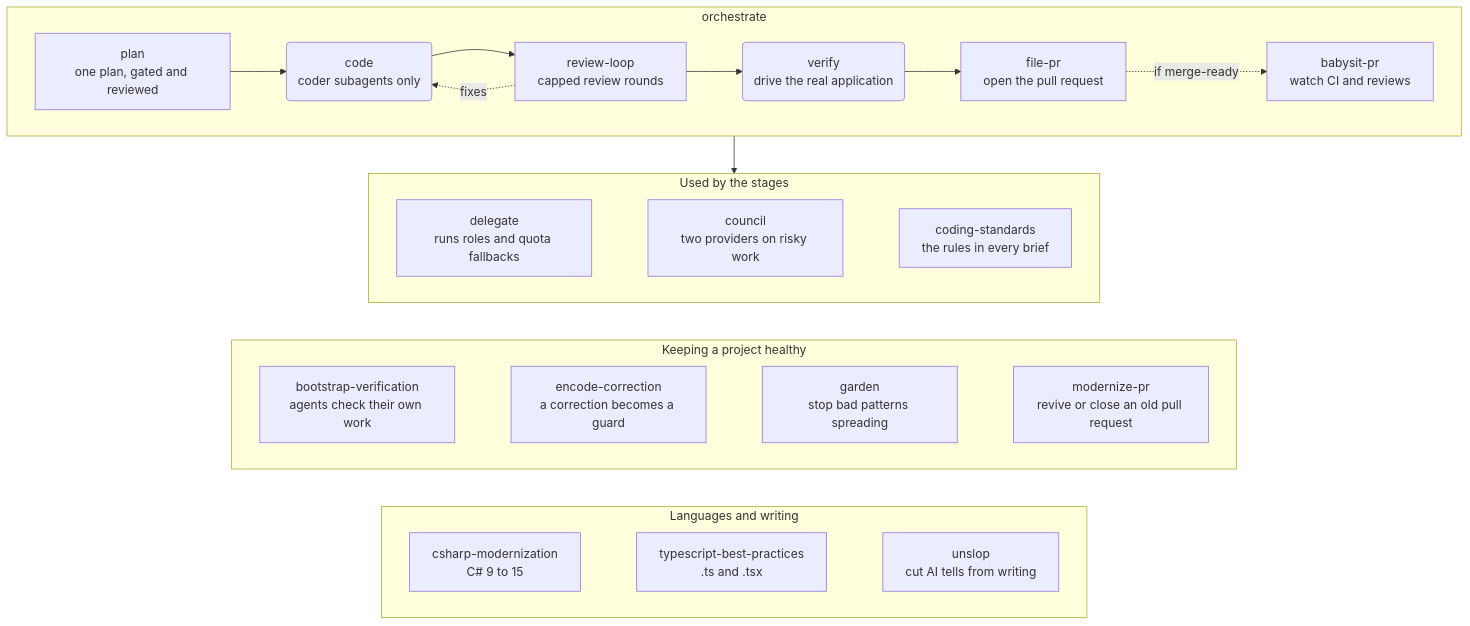
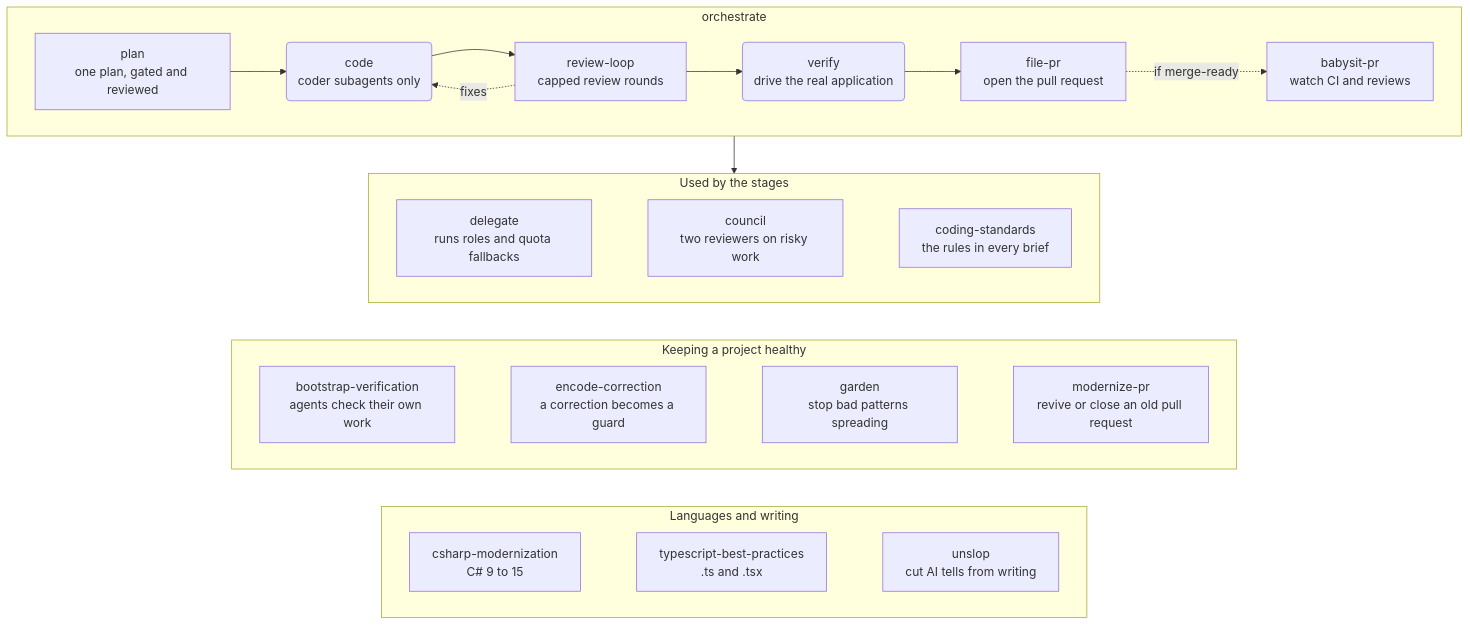
One commit to fredimachado/skills changed the diagram in README.md. Above: the diagram before and after it, drawn with Mermaid. The commit also changed other lines of this file and 5 other files, not shown here.

````diff
--- a/README.md
+++ b/README.md
@@ -9,41 +9,41 @@
 ```mermaid
 flowchart TB
     %% A skill is a square box whose label starts with the skill's name; a step that is
     %% no skill is a rounded box. tests/skill-text.ps1 checks that every skill has a box.
     subgraph orchestrate["orchestrate"]
         direction LR
         plan["plan<br>one plan, gated and reviewed"]
         code("code<br>coder subagents only")
         review["review-loop<br>capped review rounds"]
         verify("verify<br>drive the real application")
         filepr["file-pr<br>open the pull request"]
         babysit["babysit-pr<br>watch CI and reviews"]
         plan --> code --> review --> verify --> filepr
         review -. fixes .-> code
         filepr -. if merge-ready .-> babysit
     end
     subgraph helpers["Used by the stages"]
         direction LR
         delegate["delegate<br>runs roles and quota fallbacks"]
-        council["council<br>two providers on risky work"]
+        council["council<br>two reviewers on risky work"]
         standards["coding-standards<br>the rules in every brief"]
         delegate ~~~ council ~~~ standards
     end
     subgraph upkeep["Keeping a project healthy"]
         direction LR
         verification["bootstrap-verification<br>agents check their own work"]
         correction["encode-correction<br>a correction becomes a guard"]
         garden["garden<br>stop bad patterns spreading"]
         modernize["modernize-pr<br>revive or close an old pull request"]
         verification ~~~ correction ~~~ garden ~~~ modernize
     end
     subgraph writing["Languages and writing"]
         direction LR
         csharp["csharp-modernization<br>C# 9 to 15"]
         typescript["typescript-best-practices<br>.ts and .tsx"]
         unslop["unslop<br>cut AI tells from writing"]
         csharp ~~~ typescript ~~~ unslop
     end
     orchestrate --> helpers
     helpers ~~~ upkeep ~~~ writing
 ```
````
